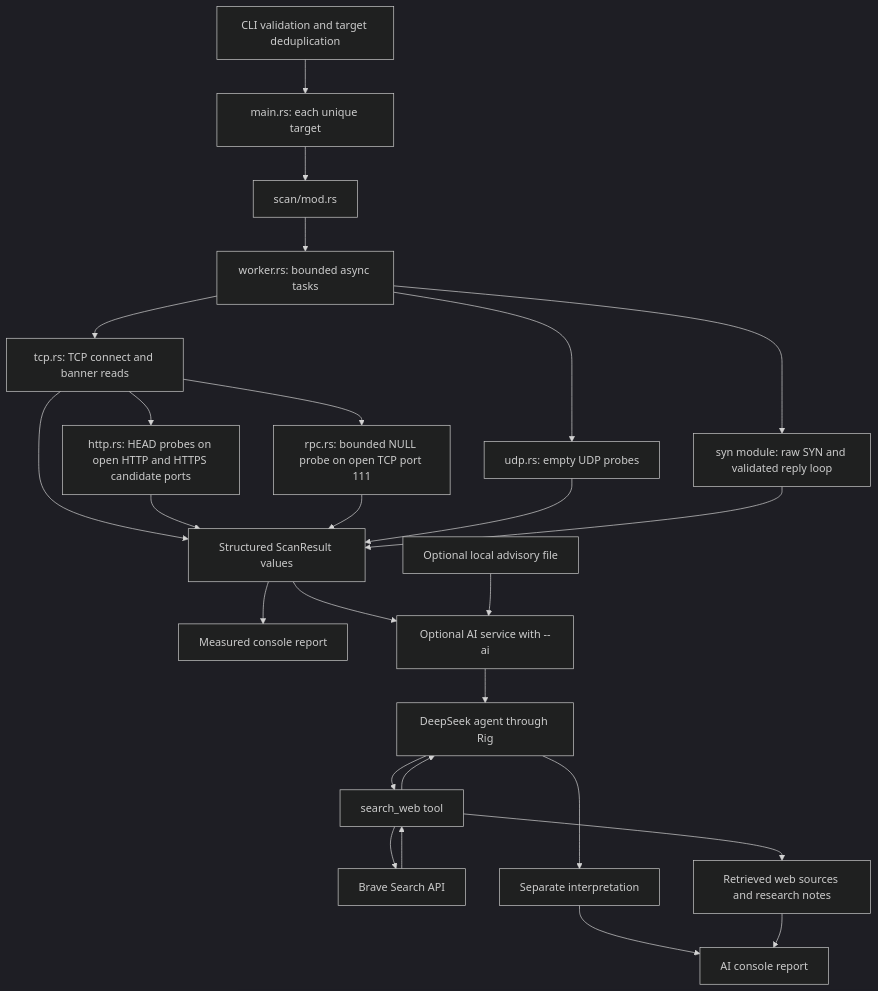
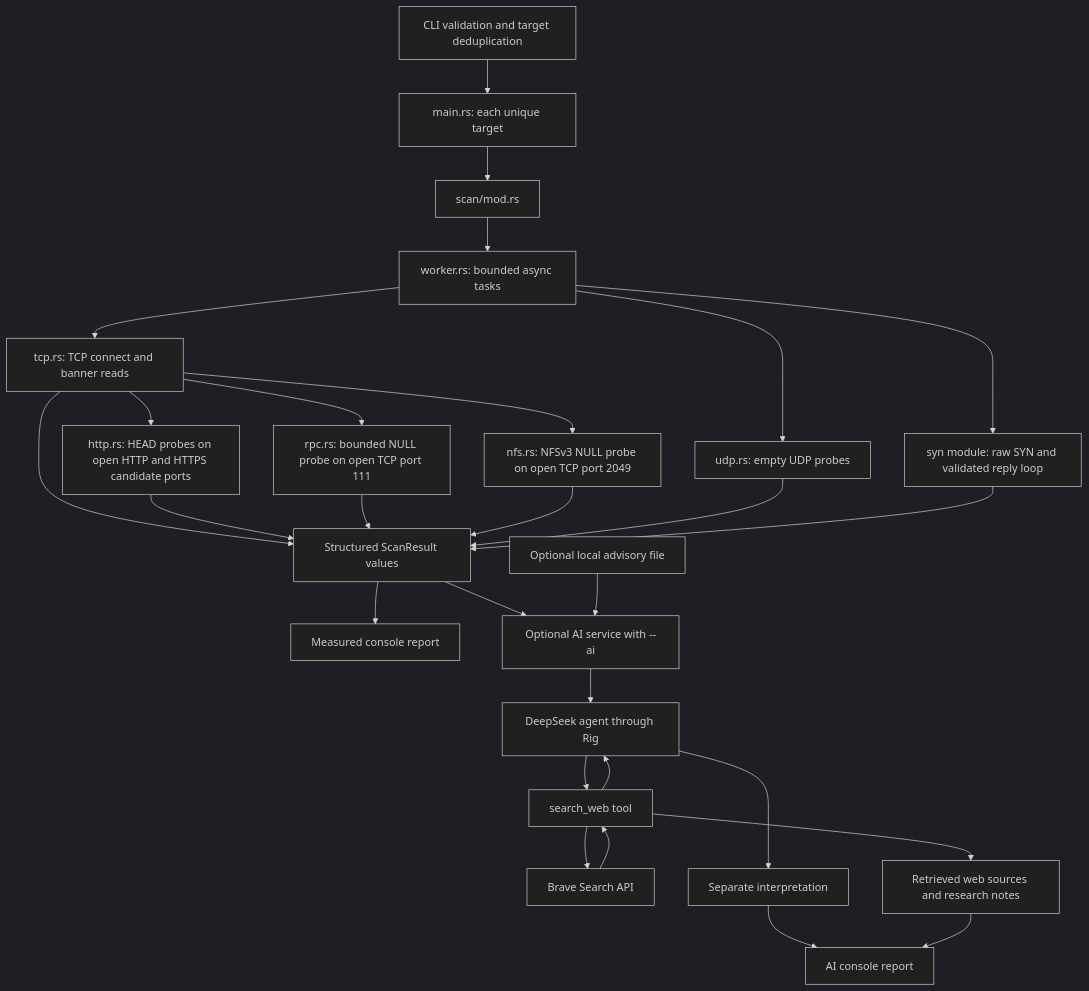
The diagram in docs/architecture.md (frankye961/rmap), drawn with Mermaid (dark theme) before and after one commit. The commit also changed other lines of this file and 16 other files, not shown here.

First line of the commit message:
feat: identify NFSv3 on open TCP port 2049 (#21)

````diff
--- a/docs/architecture.md
+++ b/docs/architecture.md
@@ -19,28 +23,30 @@
 ```mermaid
 flowchart TD
     CLI[CLI validation and target deduplication] --> Hosts[main.rs: each unique target]
     Hosts --> Entry[scan/mod.rs]
     Entry --> Pool[worker.rs: bounded async tasks]
     Pool --> TCP[tcp.rs: TCP connect and banner reads]
     Pool --> UDP[udp.rs: empty UDP probes]
     Pool --> SYN[syn module: raw SYN and validated reply loop]
     TCP --> HTTP[http.rs: HEAD probes on open HTTP and HTTPS candidate ports]
     TCP --> RPC[rpc.rs: bounded NULL probe on open TCP port 111]
+    TCP --> NFS[nfs.rs: NFSv3 NULL probe on open TCP port 2049]
     TCP --> Results[Structured ScanResult values]
     HTTP --> Results
     RPC --> Results
+    NFS --> Results
     UDP --> Results
     SYN --> Results
     Results --> Report[Measured console report]
     Results --> AI[Optional AI service with --ai]
     Local[Optional local advisory file] --> AI
     AI --> Agent[DeepSeek agent through Rig]
     Agent --> Search[search_web tool]
     Search --> Brave[Brave Search API]
     Brave --> Search
     Search --> Agent
     Agent --> Analysis[Separate interpretation]
     Search --> Evidence[Retrieved web sources and research notes]
     Analysis --> AIReport[AI console report]
     Evidence --> AIReport
 ```
````
